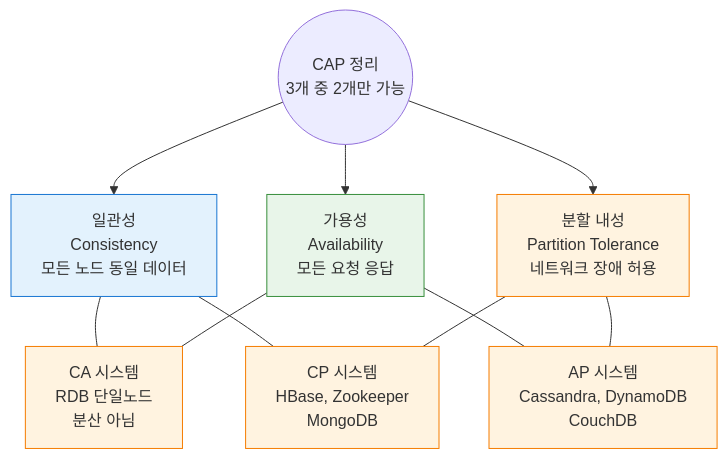
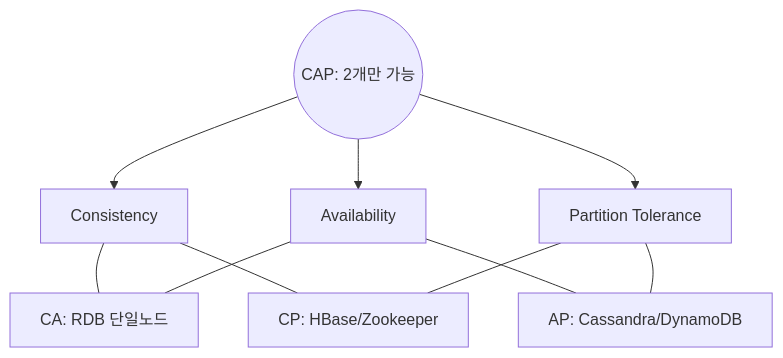
The fourth of 17 diagrams in _posts/systemdesign/2026-05-02-system-design-fundamentals.md (yjkim2015/yjkim2015.github.io), drawn with Mermaid before and after one commit. The commit also changed other lines of this file and 215 other files, not shown here.

First line of the commit message:
신규 포스트 10개 추가 + Mermaid 전면 축소 + SystemDesign 시리즈 보강

````diff
--- a/_posts/systemdesign/2026-05-02-system-design-fundamentals.md
+++ b/_posts/systemdesign/2026-05-02-system-design-fundamentals.md
@@ -194,25 +167,13 @@
 ```mermaid
 graph TD
-    CAP(("CAP 정리\n3개 중 2개만 가능"))
-    C["일관성\nConsistency\n모든 노드 동일 데이터"]
-    A["가용성\nAvailability\n모든 요청 응답"]
-    P["분할 내성\nPartition Tolerance\n네트워크 장애 허용"]
-
-    CAP --> C
-    CAP --> A
-    CAP --> P
-
-    C --- CA["CA 시스템\nRDB 단일노드\n분산 아님"]
-    C --- CP["CP 시스템\nHBase, Zookeeper\nMongoDB"]
-    A --- CA
-    A --- AP["AP 시스템\nCassandra, DynamoDB\nCouchDB"]
+    CAP(("CAP: 2개만 가능"))
+    CAP --> C["Consistency"]
+    CAP --> AV["Availability"]
+    CAP --> P["Partition Tolerance"]
+    C --- CA["CA: RDB 단일노드"]
+    C --- CP["CP: HBase/Zookeeper"]
+    AV --- CA
+    AV --- AP["AP: Cassandra/DynamoDB"]
     P --- CP
     P --- AP
-
-    classDef client fill:#e3f2fd,stroke:#1976d2
-    classDef server fill:#e8f5e9,stroke:#388e3c
-    classDef db fill:#fff3e0,stroke:#f57c00
-    class C client
-    class A server
-    class P,CA,CP,AP db
 ```
````
